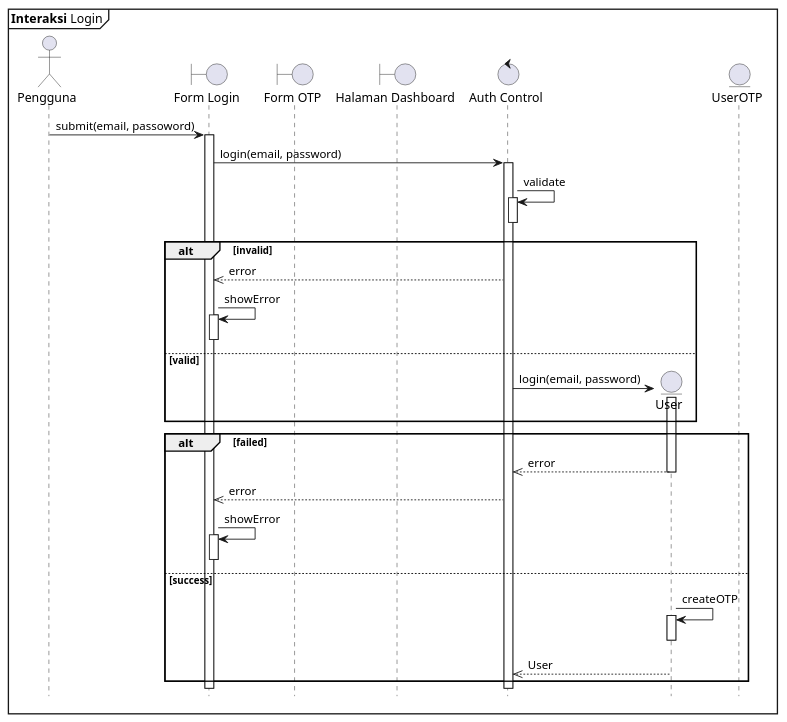
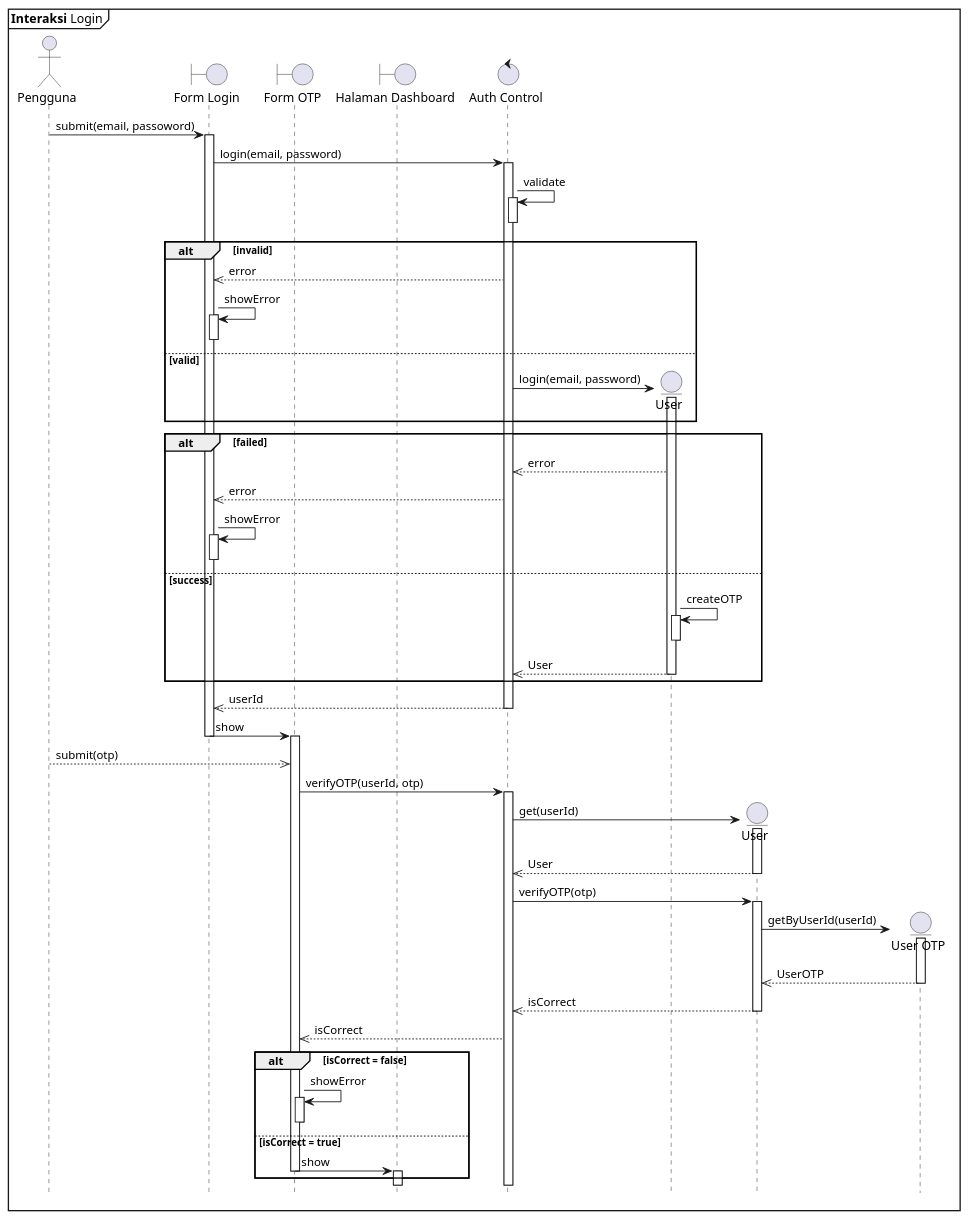
One commit to clarestarahma/manajemen-investasi changed the diagram in sequence/Login.puml. Above: the diagram before and after it, drawn with PlantUML.

Commit message:
memperbarui login

```diff
--- a/sequence/Login.puml
+++ b/sequence/Login.puml
@@ -1,57 +1,95 @@
 @startuml Sequence
 
 hide footbox
 
 mainframe **Interaksi** Login
 
 actor "Pengguna"
 boundary "Form Login" as FL
 boundary "Form OTP" as FOTP
-boundary "Halaman Dashboard" as D
+boundary "Halaman Dashboard" as HD
 control "Auth Control" as AC
 ' entity "Auth Service" as ASR
 entity "User" as User
-entity "UserOTP" as UOTP
+entity "User" as User2
+entity "User OTP" as UOTP
 
 Pengguna -> FL : submit(email, passoword)
 activate FL
 
 FL -> AC : login(email, password)
 activate AC
 
 AC -> AC : validate
 activate AC
 deactivate AC
 
 alt invalid
   AC -->> FL : error
   FL -> FL : showError
   activate FL
   deactivate FL
 else valid
   AC -> User ** : login(email, password)
   activate User
 end
 
 alt failed
   User -->> AC : error
-  deactivate User
 
   AC -->> FL : error
   FL -> FL : showError
   activate FL
   deactivate FL
 else success
   User -> User : createOTP
   activate User
   deactivate User
 
   User -->> AC : User
+  deactivate User
+end
+
+AC -->> FL : userId
+deactivate AC
+
+FL -> FOTP : show
+deactivate FL
+activate FOTP
+
+Pengguna -->> FOTP : submit(otp)
+FOTP -> AC : verifyOTP(userId, otp)
+activate AC
+
+AC -> User2 ** : get(userId)
+activate User2
+
+User2 -->> AC : User
+deactivate User2
+
+AC -> User2 : verifyOTP(otp)
+activate User2
+
+User2 -> UOTP ** : getByUserId(userId)
+activate UOTP
+UOTP -->> User2 : UserOTP
+deactivate UOTP
+
+User2 -->> AC : isCorrect
+deactivate User2
+
+AC -->> FOTP : isCorrect
+
+alt isCorrect = false
+  FOTP -> FOTP : showError
+  activate FOTP
+  deactivate FOTP
+else isCorrect = true
+  FOTP -> HD : show
+  deactivate FOTP
+  activate HD 
 end
 
 
 
-
-
-
 @enduml
```
